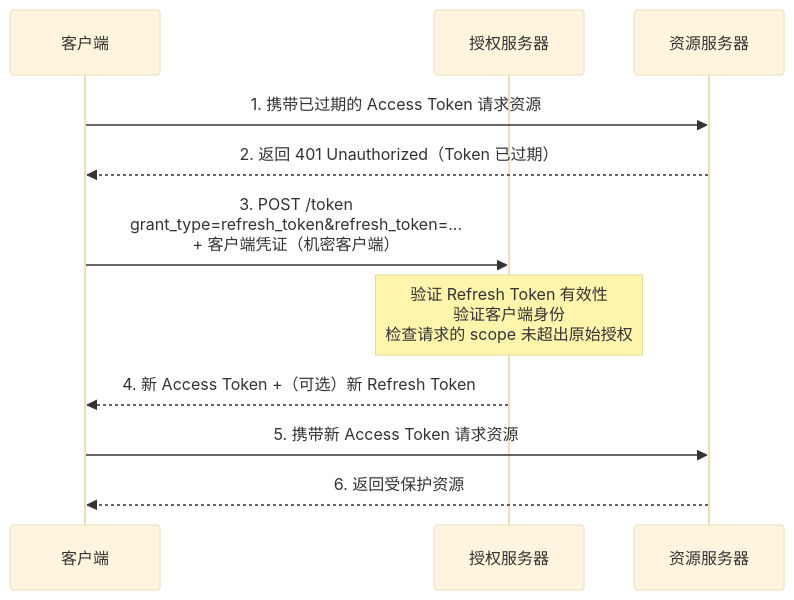
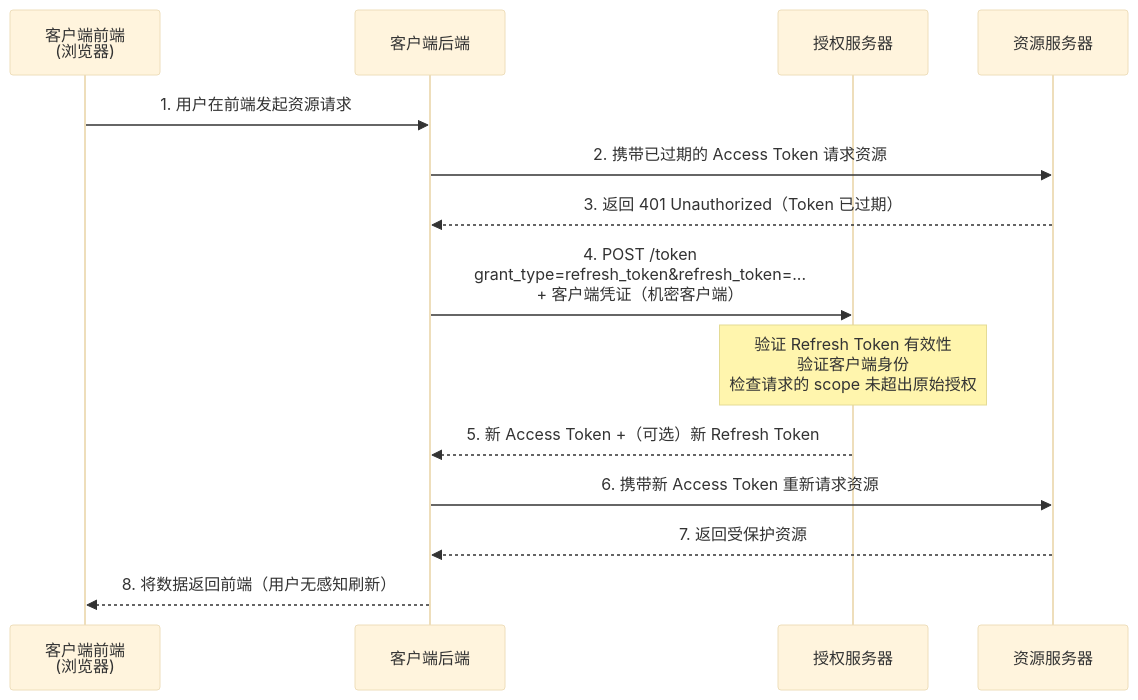
One commit to luguosong/programming-notes changed the third of 7 diagrams in docs/topic/oauth/authorization-flows/index.md. Above: the diagram before and after it, drawn with Mermaid (base theme). The commit also changed other lines of this file, not shown here.

First line of the commit message:
docs(oauth): 优化授权流程图并新增隐式流程和ROPC

````diff
--- a/docs/topic/oauth/authorization-flows/index.md
+++ b/docs/topic/oauth/authorization-flows/index.md
@@ -218,14 +225,17 @@
 ``` mermaid
 sequenceDiagram
-    participant Client as 客户端
+    participant CF as 客户端前端<br/>(浏览器)
+    participant CB as 客户端后端
     participant AS as 授权服务器
     participant RS as 资源服务器
 
-    Client->>RS: 1. 携带已过期的 Access Token 请求资源
-    RS-->>Client: 2. 返回 401 Unauthorized（Token 已过期）
-    Client->>AS: 3. POST /token<br/>grant_type=refresh_token&refresh_token=...<br/>+ 客户端凭证（机密客户端）
+    CF->>CB: 1. 用户在前端发起资源请求
+    CB->>RS: 2. 携带已过期的 Access Token 请求资源
+    RS-->>CB: 3. 返回 401 Unauthorized（Token 已过期）
+    CB->>AS: 4. POST /token<br/>grant_type=refresh_token&refresh_token=...<br/>+ 客户端凭证（机密客户端）
     Note over AS: 验证 Refresh Token 有效性<br/>验证客户端身份<br/>检查请求的 scope 未超出原始授权
-    AS-->>Client: 4. 新 Access Token +（可选）新 Refresh Token
-    Client->>RS: 5. 携带新 Access Token 请求资源
-    RS-->>Client: 6. 返回受保护资源
+    AS-->>CB: 5. 新 Access Token +（可选）新 Refresh Token
+    CB->>RS: 6. 携带新 Access Token 重新请求资源
+    RS-->>CB: 7. 返回受保护资源
+    CB-->>CF: 8. 将数据返回前端（用户无感知刷新）
 ```
````
